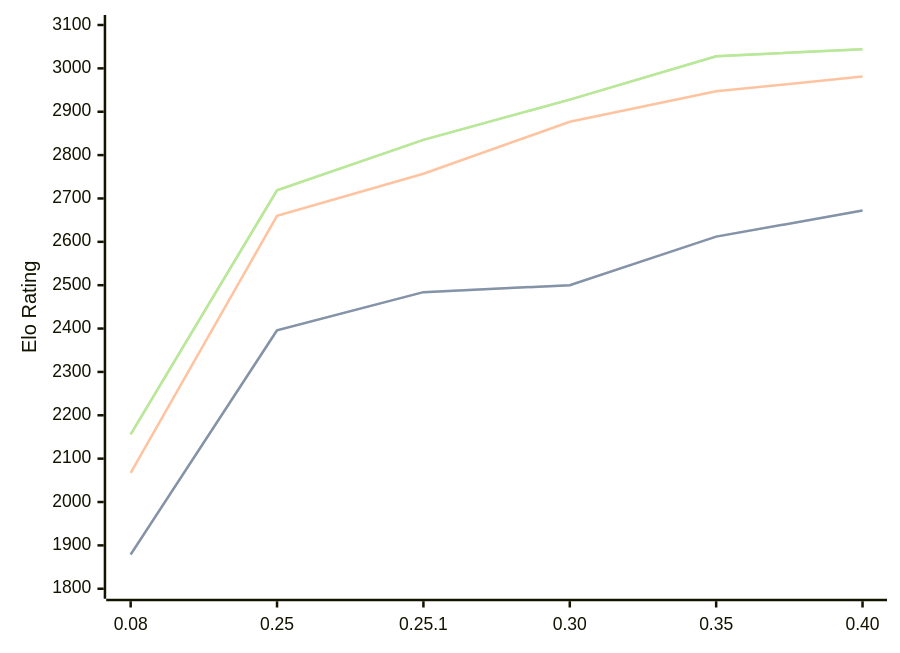
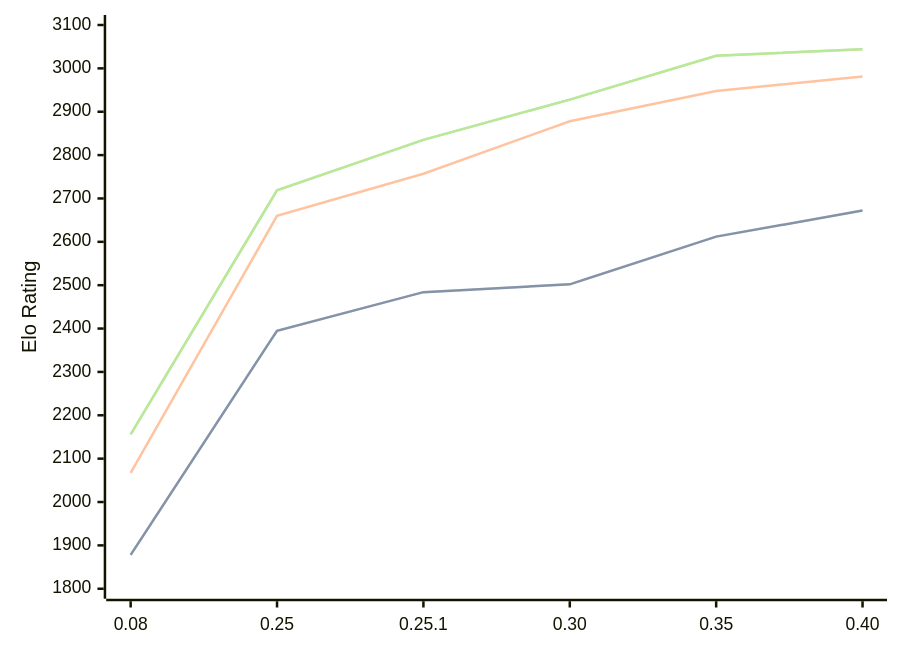
The diagram in engines/Gecko.md (computer-chess-index/cci), drawn with Mermaid before and after one commit. The commit also changed other lines of this file, not shown here.

Commit message:
Update CCI Ratings (ELO VLTC) - 2026-09-09

````diff
--- a/engines/Gecko.md
+++ b/engines/Gecko.md
@@ -36,11 +36,11 @@
 ```mermaid
 %%{init: {"theme":"base","themeVariables":{"seriesColors:['#a3a3a3','#222221','#faa371']}}}%%
 xychart-beta
   x-axis ["0.08", "0.25", "0.25.1", "0.30", "0.35", "0.40"]
   y-axis "Elo Rating" 1800 --> 3100
-  line "" [1879, 2396, 2484, 2500, 2612, 2672]
-  line "STC (8.0+0.08s)" [1879, 2396, 2484, 2500, 2612, 2672]
-  line "LTC (60.0+0.60s)" [2067, 2660, 2757, 2877, 2947, 2981]
-  line "" [2156, 2719, 2835, 2928, 3028, 3044]
-  line "VLTC (2m24s+1.12s)" [2156, 2719, 2835, 2928, 3028, 3044]
+  line "" [1878, 2395, 2484, 2502, 2612, 2672]
+  line "STC (8.0+0.08s)" [1878, 2395, 2484, 2502, 2612, 2672]
+  line "LTC (60.0+0.60s)" [2067, 2660, 2757, 2878, 2948, 2981]
+  line "" [2156, 2719, 2835, 2928, 3029, 3044]
+  line "VLTC (2m24s+1.12s)" [2156, 2719, 2835, 2928, 3029, 3044]
 ```
````
